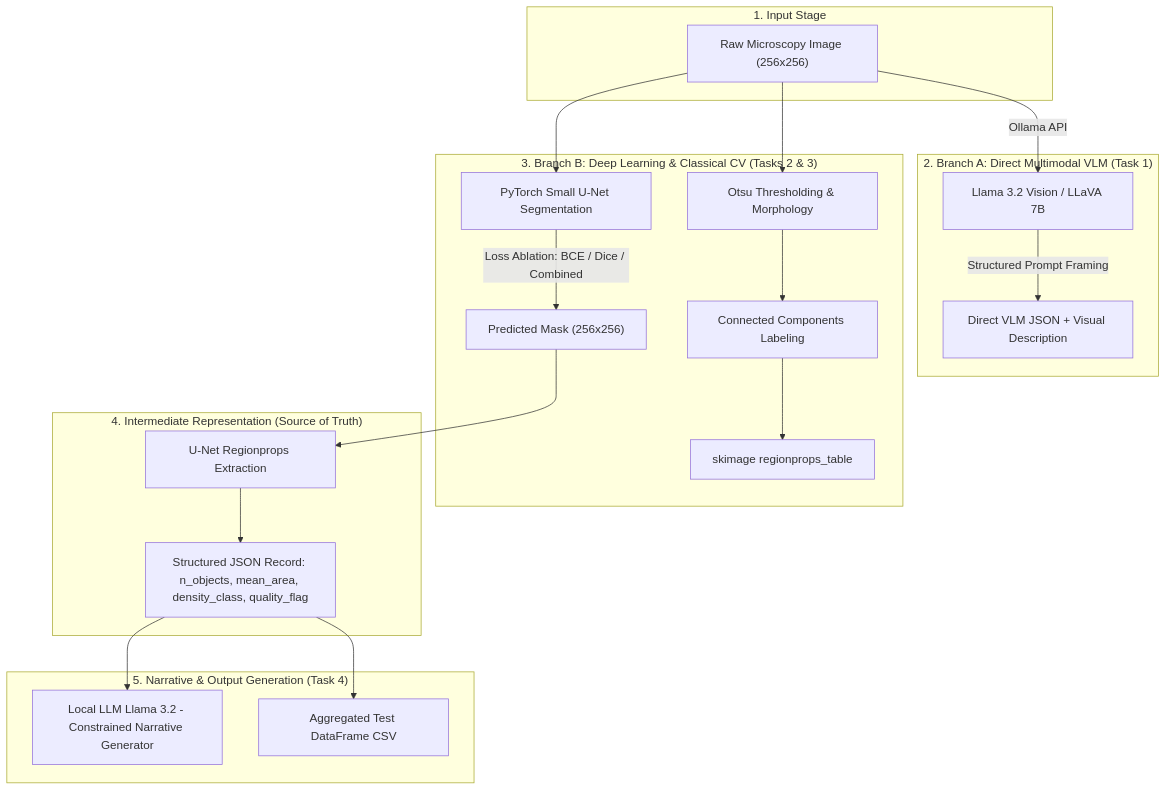
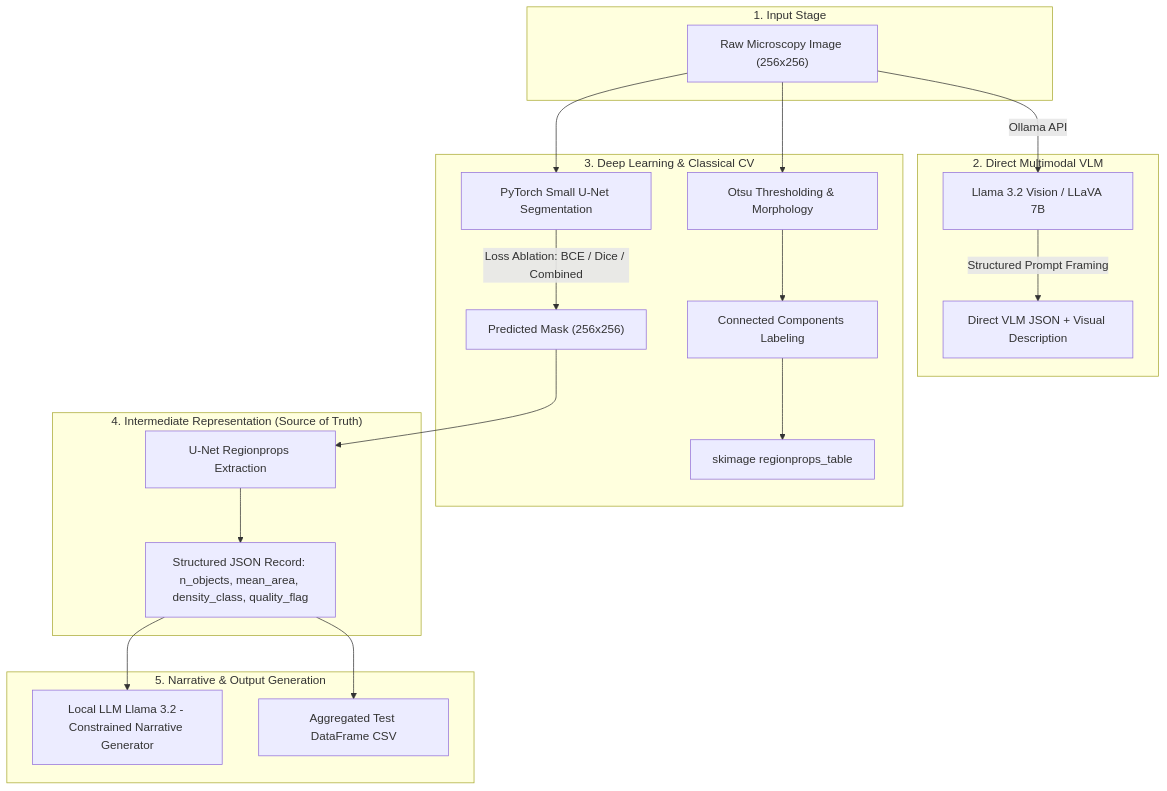
One commit to Deshan-Chathuranga/biomedical-image-analysis-pipeline changed the diagram in README.md. Above: the diagram before and after it, drawn with Mermaid. The commit also changed other lines of this file and 20 other files, not shown here.

Commit message:
Renamed script files and output folders to clean descriptive names (removing task1, task2 prefixes)

````diff
--- a/README.md
+++ b/README.md
@@ -31,30 +31,30 @@
 ```mermaid
 flowchart TD
     subgraph S1 ["1. Input Stage"]
         A["Raw Microscopy Image (256x256)"]
     end
 
-    subgraph S2 ["2. Branch A: Direct Multimodal VLM (Task 1)"]
+    subgraph S2 ["2. Direct Multimodal VLM"]
         A -->|Ollama API| B["Llama 3.2 Vision / LLaVA 7B"]
         B -->|Structured Prompt Framing| C["Direct VLM JSON + Visual Description"]
     end
 
-    subgraph S3 ["3. Branch B: Deep Learning & Classical CV (Tasks 2 & 3)"]
+    subgraph S3 ["3. Deep Learning & Classical CV"]
         A --> D["Otsu Thresholding & Morphology"]
         D --> E["Connected Components Labeling"]
         E --> F["skimage regionprops_table"]
         
         A --> I["PyTorch Small U-Net Segmentation"]
         I -->|Loss Ablation: BCE / Dice / Combined| J["Predicted Mask (256x256)"]
     end
 
     subgraph S4 ["4. Intermediate Representation (Source of Truth)"]
         J --> L["U-Net Regionprops Extraction"]
         L --> M["Structured JSON Record: n_objects, mean_area, density_class, quality_flag"]
     end
 
-    subgraph S5 ["5. Narrative & Output Generation (Task 4)"]
+    subgraph S5 ["5. Narrative & Output Generation"]
         M --> N["Local LLM Llama 3.2 - Constrained Narrative Generator"]
         M --> O["Aggregated Test DataFrame CSV"]
     end
 ```
````
